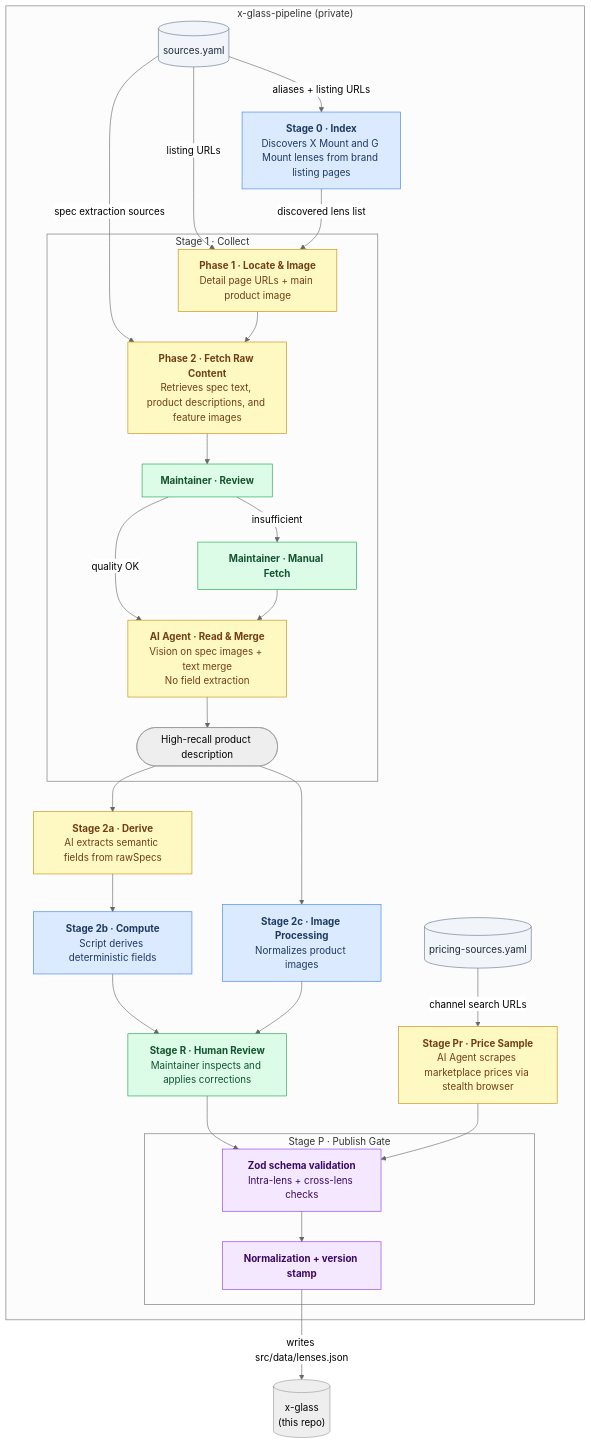
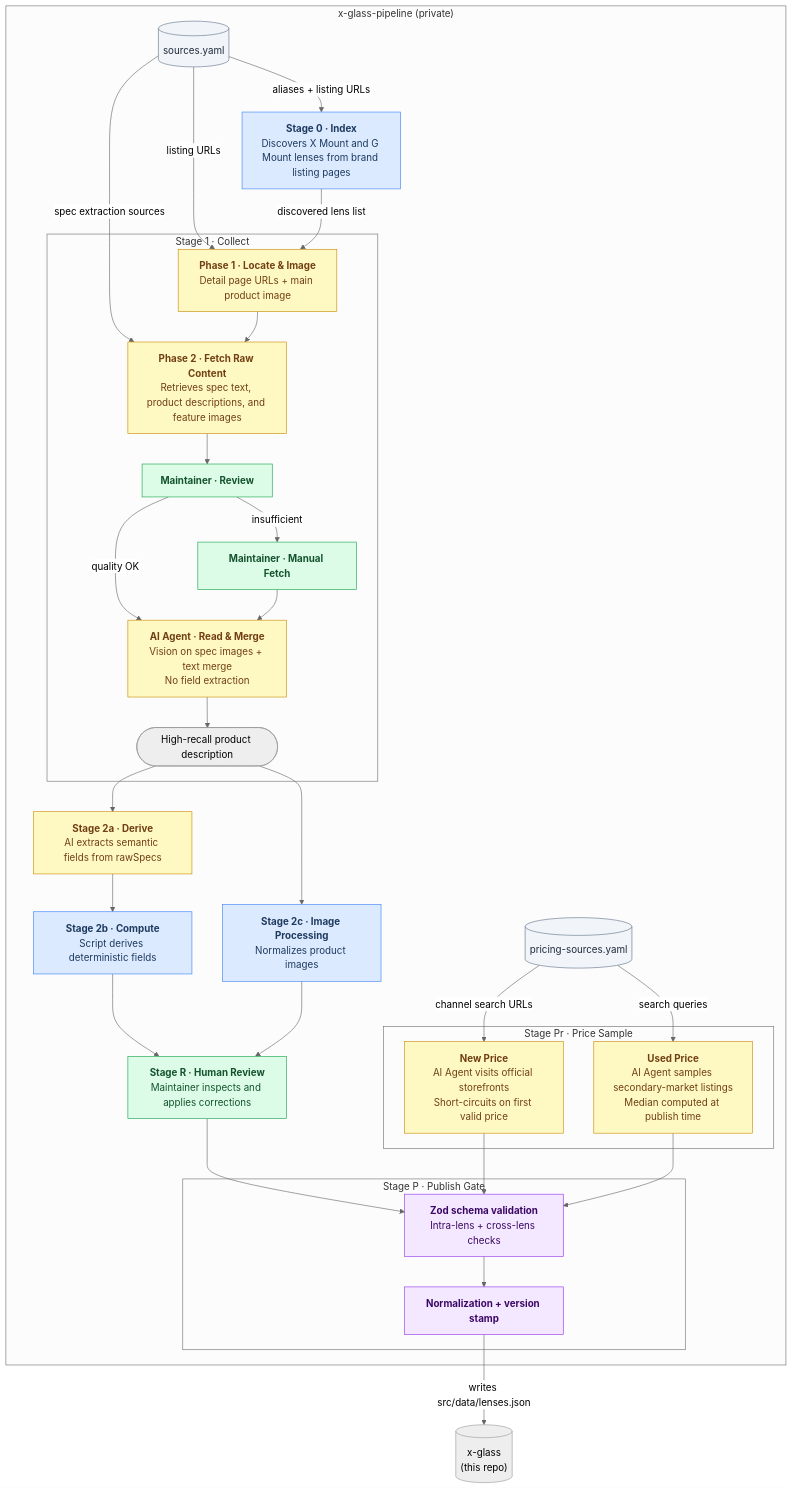
The diagram in README.md (sentacraft/atlens), drawn with Mermaid (neutral theme) before and after one commit.

Commit message:
docs: expand Stage Pr into New/Used price subgraph
Break the single Price Sample node into two sub-stages showing
the distinct collection strategies: New prices short-circuit on
the first valid storefront hit, Used prices sample multiple
secondary-market listings with median computed at publish time.

````diff
--- a/README.md
+++ b/README.md
@@ -60,61 +60,65 @@
 ```mermaid
 flowchart TD
   subgraph pipeline["x-glass-pipeline (private)"]
     SOURCES[("sources.yaml")]
     PRICING_SOURCES[("pricing-sources.yaml")]
 
     S0["<b>Stage 0 · Index</b><br/>Discovers X Mount and G Mount lenses from brand listing pages"]
 
     subgraph s1["Stage 1 · Collect"]
       S1p1["<b>Phase 1 · Locate & Image</b><br/>Detail page URLs + main product image"]
       S1p2["<b>Phase 2 · Fetch Raw Content</b><br/>Retrieves spec text, product descriptions, and feature images"]
       S1r["<b>Maintainer · Review</b>"]
       S1h["<b>Maintainer · Manual Fetch</b>"]
       S1b["<b>AI Agent · Read & Merge</b><br/>Vision on spec images + text merge<br/>No field extraction"]
       S1out(["High-recall product description"])
     end
 
     S2a["<b>Stage 2a · Derive</b><br/>AI extracts semantic fields from rawSpecs"]
     S2b["<b>Stage 2b · Compute</b><br/>Script derives deterministic fields"]
     S2c["<b>Stage 2c · Image Processing</b><br/>Normalizes product images"]
     SR["<b>Stage R · Human Review</b><br/>Maintainer inspects and applies corrections"]
 
-    SPr["<b>Stage Pr · Price Sample</b><br/>AI Agent scrapes marketplace prices via stealth browser"]
+    subgraph spr["Stage Pr · Price Sample"]
+      SPrNew["<b>New Price</b><br/>AI Agent visits official storefronts<br/>Short-circuits on first valid price"]
+      SPrUsed["<b>Used Price</b><br/>AI Agent samples secondary-market listings<br/>Median computed at publish time"]
+    end
 
     subgraph sp["Stage P · Publish Gate"]
       SP1["<b>Zod schema validation</b><br/>Intra-lens + cross-lens checks"]
       SP2["<b>Normalization + version stamp</b>"]
     end
   end
 
   SOURCES -->|"aliases + listing URLs"| S0
   SOURCES -->|"listing URLs"| S1p1
   SOURCES -->|"spec extraction sources"| S1p2
   S0 -->|"discovered lens list"| S1p1
   S1p1 --> S1p2
   S1p2 --> S1r
   S1r -->|"quality OK"| S1b
   S1r -->|"insufficient"| S1h
   S1h --> S1b
   S1b --> S1out
   S1out --> S2a & S2c
   S2a --> S2b
   S2b & S2c --> SR
   SR --> SP1
-  PRICING_SOURCES -->|"channel search URLs"| SPr
-  SPr --> SP1
+  PRICING_SOURCES -->|"channel search URLs"| SPrNew
+  PRICING_SOURCES -->|"search queries"| SPrUsed
+  SPrNew & SPrUsed --> SP1
   SP1 --> SP2
   SP2 -->|"writes src/data/lenses.json"| DB[("x-glass<br/>(this repo)")]
 
   classDef script fill:#dbeafe,stroke:#3b82f6,color:#1e3a5f
   classDef agent fill:#fef9c3,stroke:#ca8a04,color:#713f12
   classDef human fill:#dcfce7,stroke:#16a34a,color:#14532d
   classDef gate fill:#f3e8ff,stroke:#9333ea,color:#3b0764
   classDef config fill:#f1f5f9,stroke:#64748b,color:#1e293b
 
   class S0,S2b,S2c script
-  class S1p1,S1p2,S1b,S2a,SPr agent
+  class S1p1,S1p2,S1b,S2a,SPrNew,SPrUsed agent
   class S1r,S1h,SR human
   class SP1,SP2 gate
   class SOURCES,PRICING_SOURCES config
 ```
````
